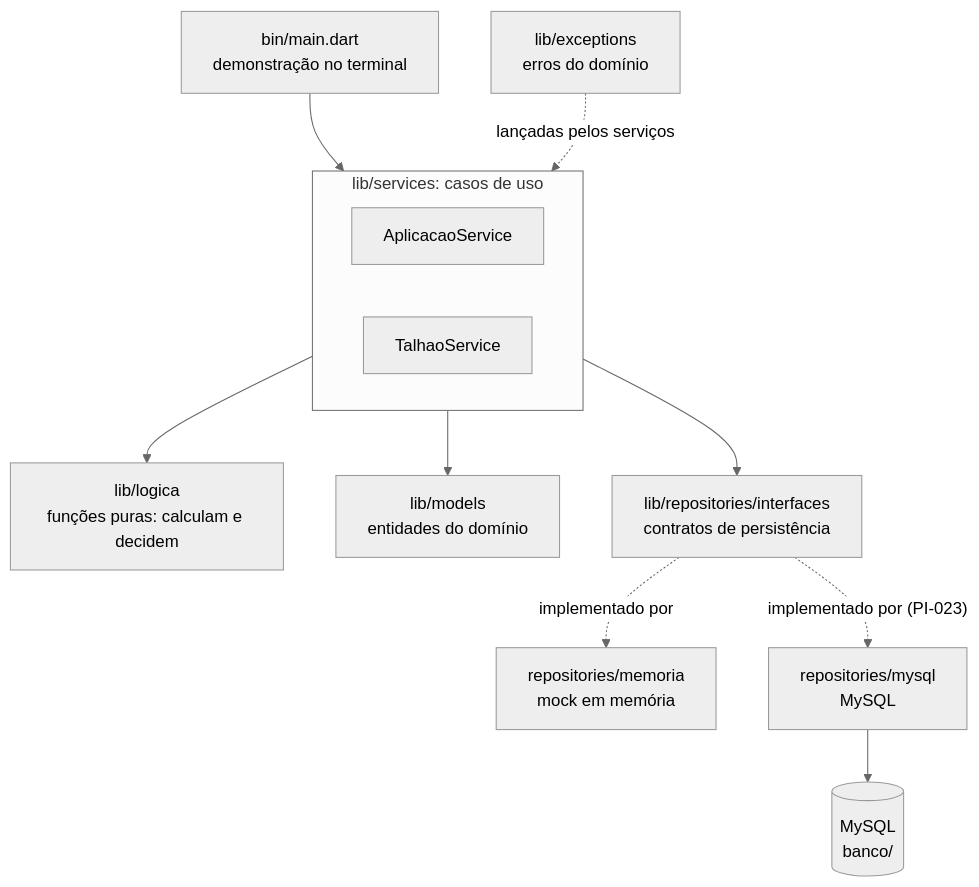
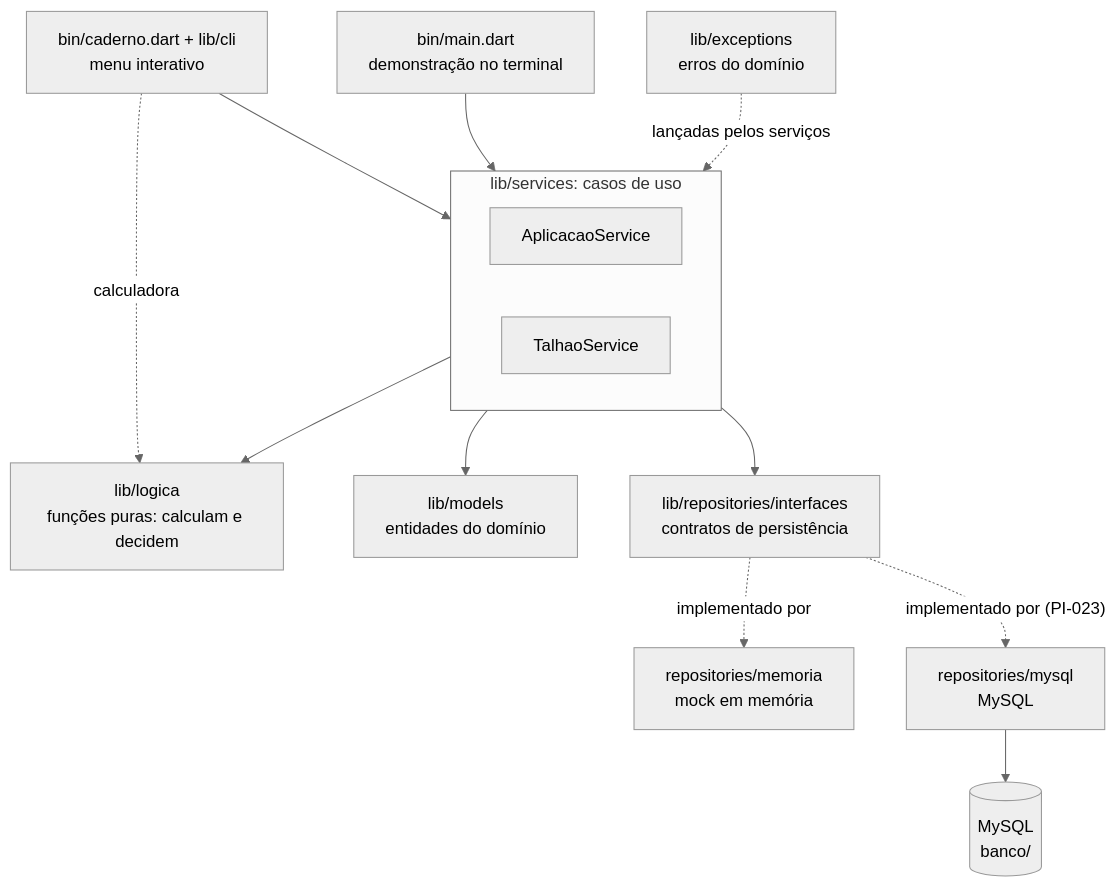
Before and after one commit to PI67feob/PI_2026_02: the diagram in README.md, drawn with Mermaid (neutral theme). The commit also changed other lines of this file and 1 other file, not shown here.

Commit message:
docs: documenta o menu interativo no README e no CHANGELOG

````diff
--- a/README.md
+++ b/README.md
@@ -49,19 +49,21 @@
 ```mermaid
 flowchart TD
+    MENU["bin/caderno.dart + lib/cli<br/>menu interativo"] --> SERV
+    MENU -. "calculadora" .-> LOG
     MAIN["bin/main.dart<br/>demonstração no terminal"] --> SERV
 
     subgraph SERV["lib/services: casos de uso"]
         AS["AplicacaoService"]
         TS["TalhaoService"]
     end
 
     SERV --> LOG["lib/logica<br/>funções puras: calculam e decidem"]
     SERV --> MOD["lib/models<br/>entidades do domínio"]
     SERV --> IFACE["lib/repositories/interfaces<br/>contratos de persistência"]
 
     IFACE -. "implementado por" .-> MEM["repositories/memoria<br/>mock em memória"]
     IFACE -. "implementado por (PI-023)" .-> MYSQL["repositories/mysql<br/>MySQL"]
     MYSQL --> DB[("MySQL<br/>banco/")]
 
     EXC["lib/exceptions<br/>erros do domínio"] -. "lançadas pelos serviços" .-> SERV
 ```
````
